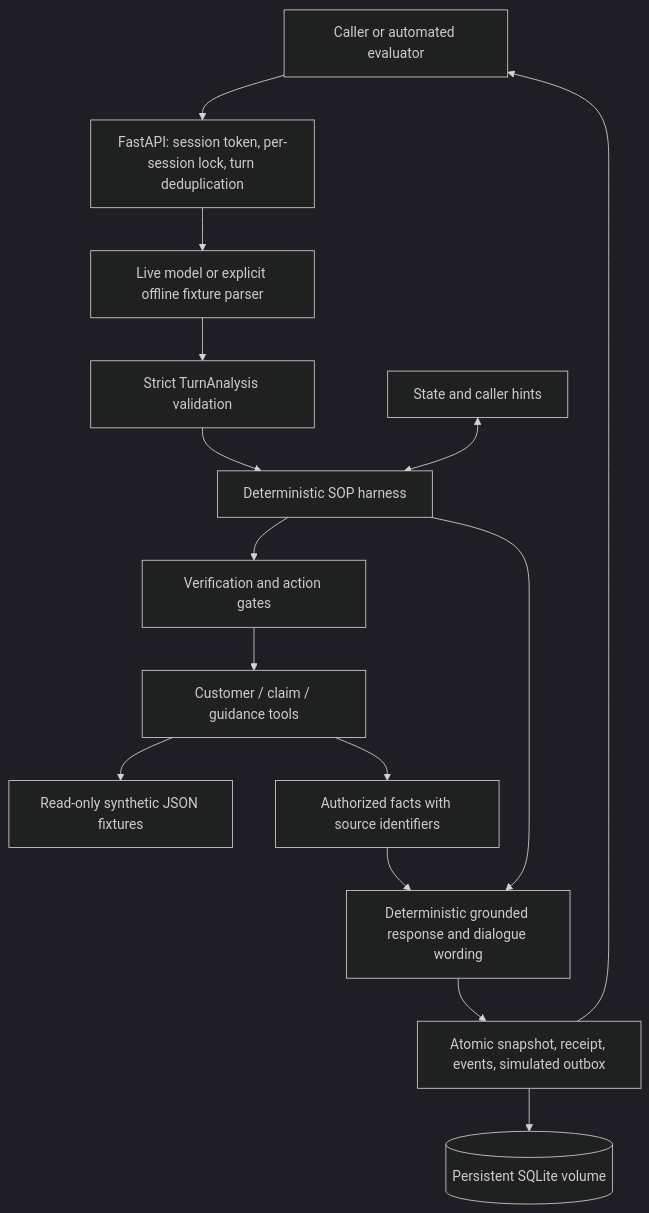
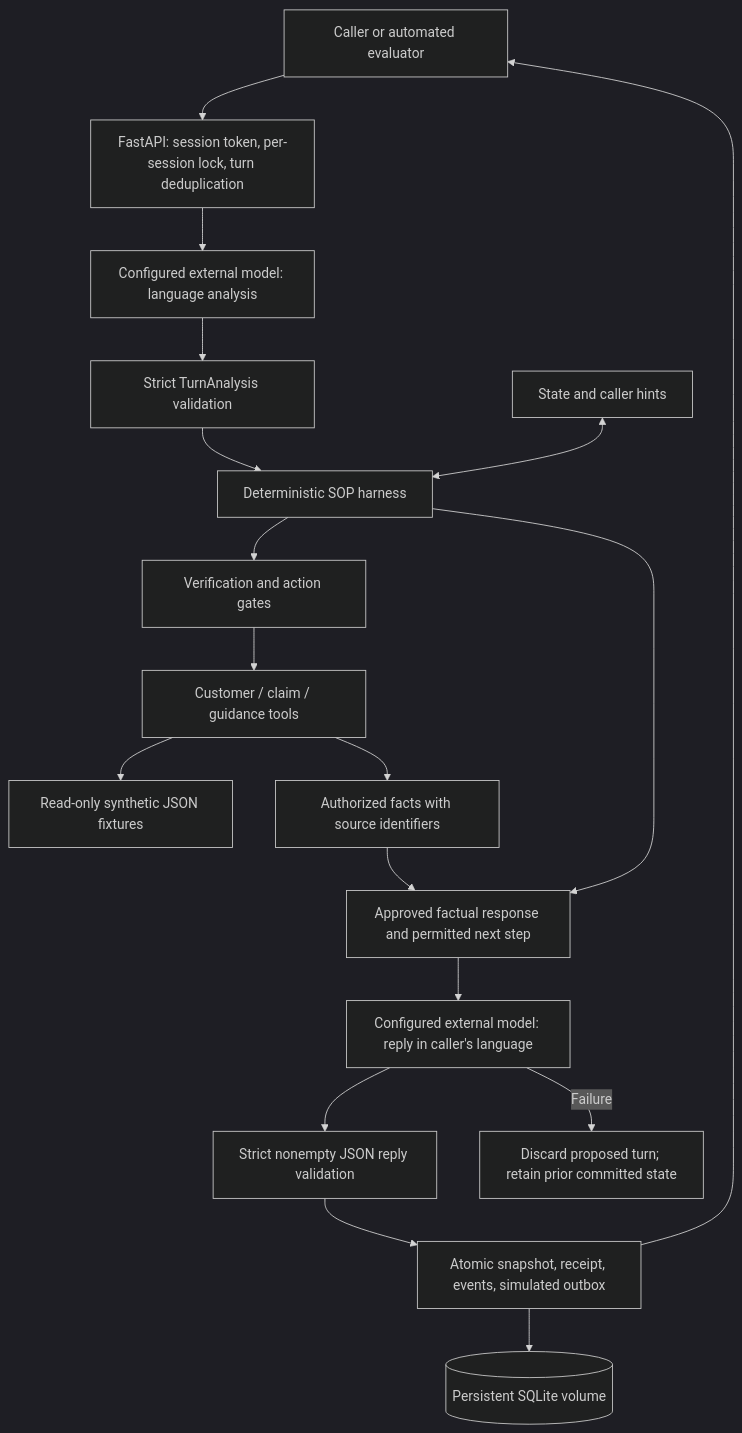
The first of 10 diagrams in docs/architecture.md (XinhaoTheo/insurance-claims-sop-agent), drawn with Mermaid (dark theme) before and after one commit. The commit also changed other lines of this file and 1 other file, not shown here.

````diff
--- a/docs/architecture.md
+++ b/docs/architecture.md
@@ -7,17 +7,20 @@
 ```mermaid
 flowchart TD
     User["Caller or automated evaluator"] --> API["FastAPI: session token, per-session lock, turn deduplication"]
-    API --> Parse["Live model or explicit offline fixture parser"]
+    API --> Parse["Configured external model: language analysis"]
     Parse --> Schema["Strict TurnAnalysis validation"]
     Schema --> Harness["Deterministic SOP harness"]
     Memory["State and caller hints"] <--> Harness
     Harness --> Gates["Verification and action gates"]
     Gates --> Tools["Customer / claim / guidance tools"]
     Tools --> Fixtures["Read-only synthetic JSON fixtures"]
     Tools --> Facts["Authorized facts with source identifiers"]
-    Facts --> Reply["Deterministic grounded response and dialogue wording"]
-    Harness --> Reply
-    Reply --> Persist["Atomic snapshot, receipt, events, simulated outbox"]
+    Facts --> Plan["Approved factual response and permitted next step"]
+    Harness --> Plan
+    Plan --> Render["Configured external model: reply in caller's language"]
+    Render --> Check["Strict nonempty JSON reply validation"]
+    Check --> Persist["Atomic snapshot, receipt, events, simulated outbox"]
+    Render -->|Failure| Rollback["Discard proposed turn; retain prior committed state"]
     Persist --> SQLite[("Persistent SQLite volume")]
     Persist --> User
 ```
````
